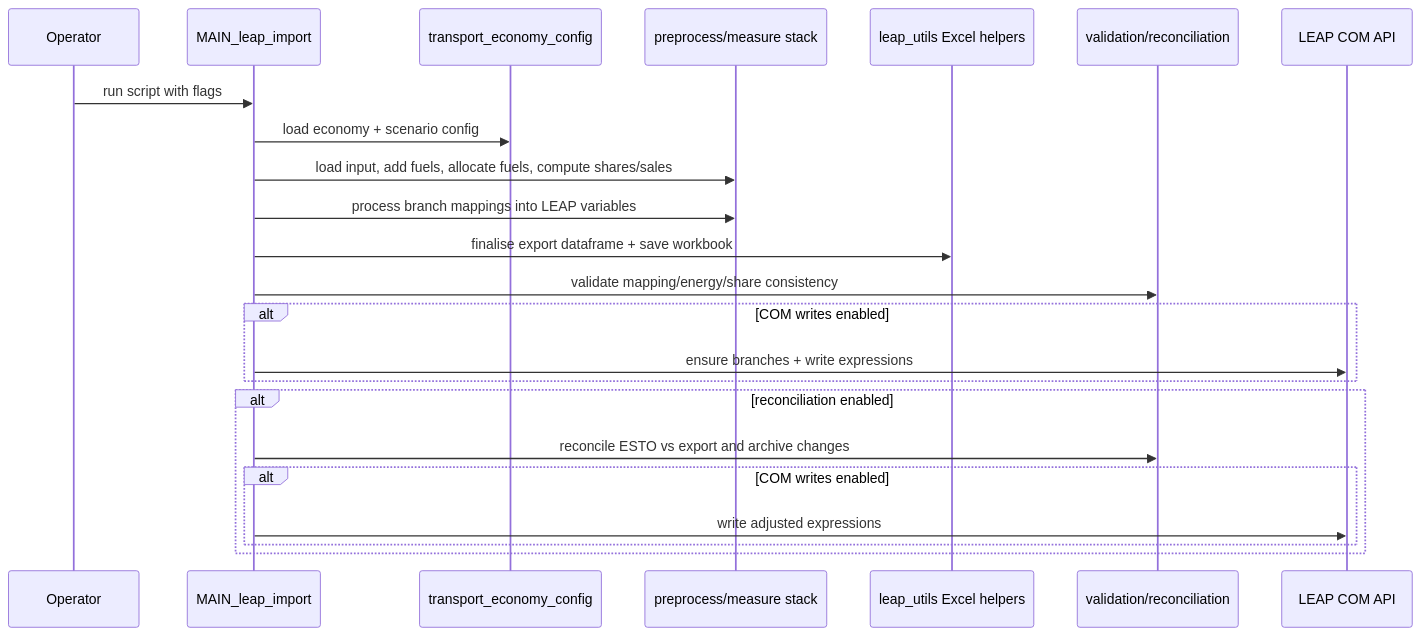
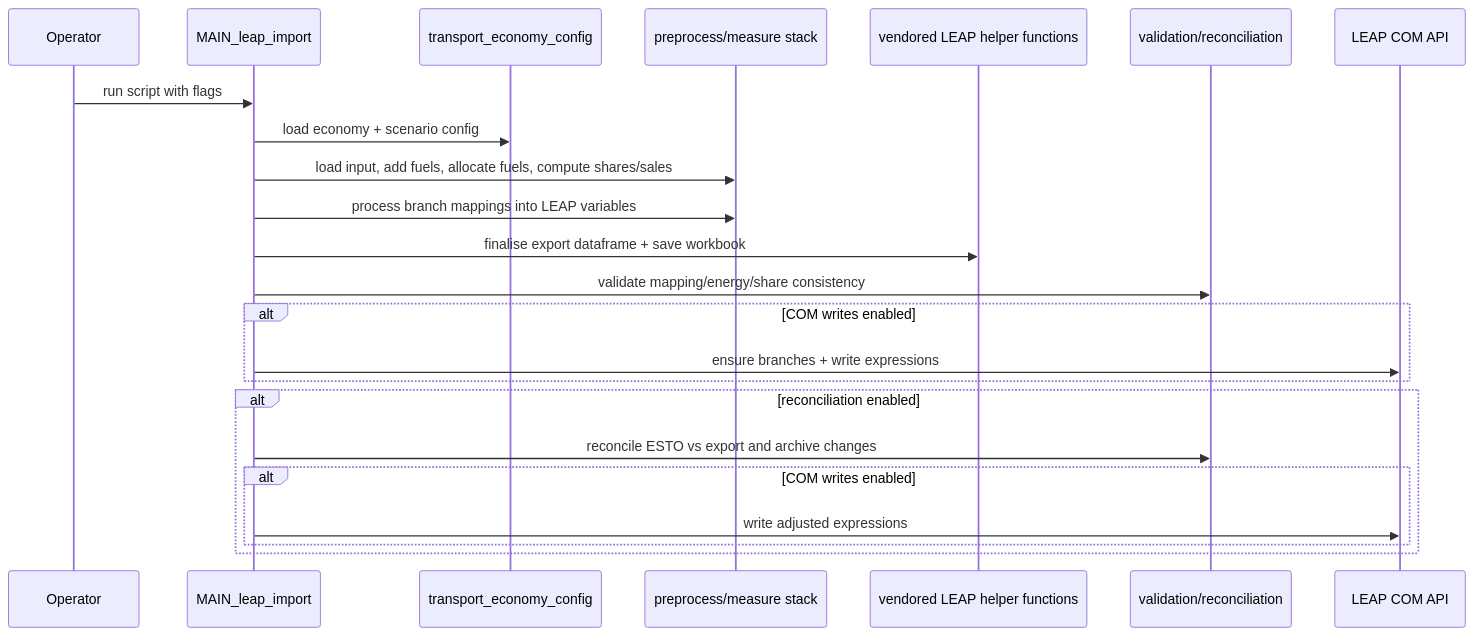
One commit to asia-pacific-energy-research-centre/leap_transport changed the third of 3 diagrams in docs/for ai/SYSTEM_ARCHITECTURE.md. Above: the diagram before and after it, drawn with Mermaid. The commit also changed other lines of this file and 11 other files, not shown here.

````diff
--- a/docs/for ai/SYSTEM_ARCHITECTURE.md
+++ b/docs/for ai/SYSTEM_ARCHITECTURE.md
@@ -91,26 +91,26 @@
 ```mermaid
 sequenceDiagram
     participant U as Operator
     participant M as MAIN_leap_import
     participant C as transport_economy_config
     participant P as preprocess/measure stack
-    participant X as leap_utils Excel helpers
+    participant X as vendored LEAP helper functions
     participant V as validation/reconciliation
     participant L as LEAP COM API
 
     U->>M: run script with flags
     M->>C: load economy + scenario config
     M->>P: load input, add fuels, allocate fuels, compute shares/sales
     M->>P: process branch mappings into LEAP variables
     M->>X: finalise export dataframe + save workbook
     M->>V: validate mapping/energy/share consistency
     alt COM writes enabled
         M->>L: ensure branches + write expressions
     end
     alt reconciliation enabled
         M->>V: reconcile ESTO vs export and archive changes
         alt COM writes enabled
             M->>L: write adjusted expressions
         end
     end
 ```
````
